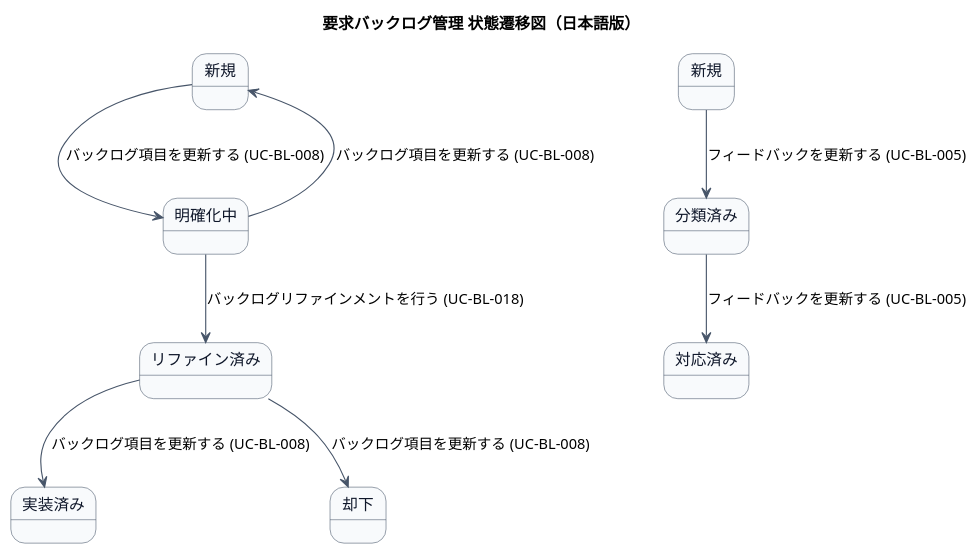
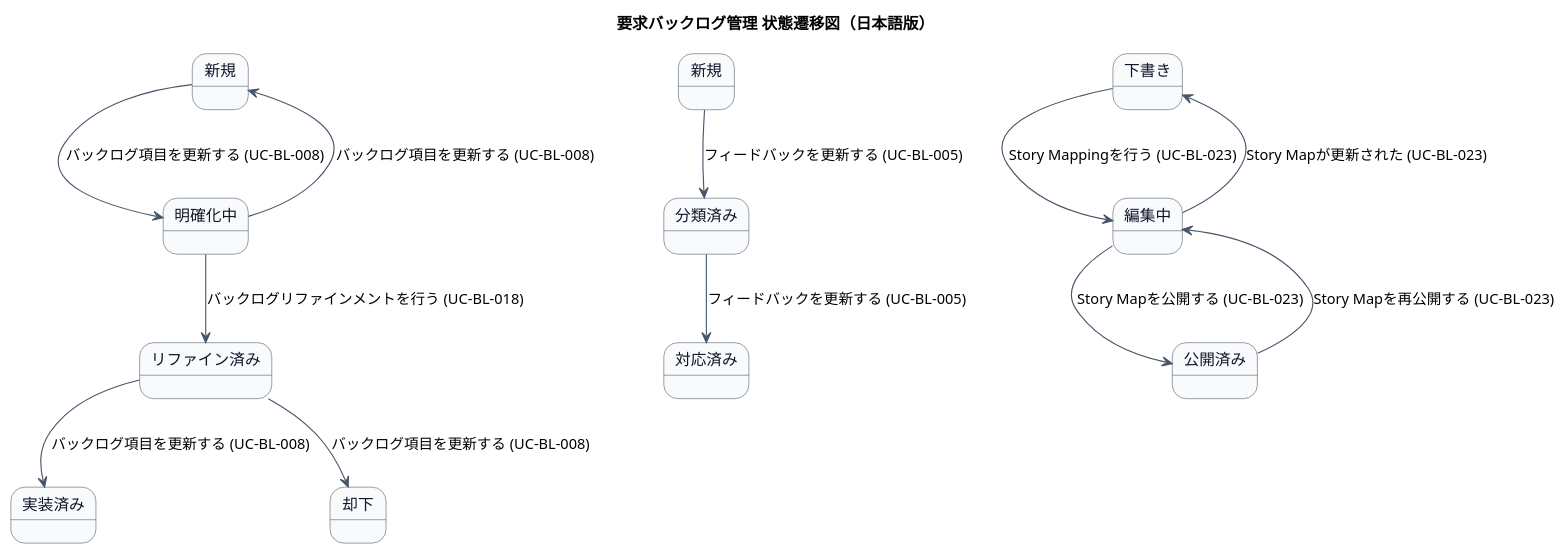
Before and after one commit to mizo432/modulith-learning: the second of 2 diagrams in docs/22 要件定義書/AG アジルーム/03 機能要件/AG-02 要求バックログ管理/04.システム/02.ステート/ステートマシン図.md, drawn with PlantUML. The commit also changed other lines of this file and 21 other files, not shown here.

First line of the commit message:
docs: Add Story Mapping ER and state machine diagrams for AG-02

````diff
--- a/docs/22 要件定義書/AG アジルーム/03 機能要件/AG-02 要求バックログ管理/04.システム/02.ステート/ステートマシン図.md
+++ b/docs/22 要件定義書/AG アジルーム/03 機能要件/AG-02 要求バックログ管理/04.システム/02.ステート/ステートマシン図.md
@@ -49,35 +60,46 @@
 ```plantuml
 @startuml
 title 要求バックログ管理 状態遷移図（日本語版）
 skinparam state {
   BackgroundColor #F8FAFC
   BorderColor #475569
   FontColor #0F172A
 }
 skinparam arrowColor #475569
 skinparam shadowing false
 
 ' バックログ項目 状態
 state "新規" as New_BL <<entry>>
 state "明確化中" as Clarifying_BL
 state "リファイン済み" as Refined_BL
 state "実装済み" as Implemented_BL <<exit>>
 state "却下" as Rejected_BL <<exit>>
 
 ' フィードバック 状態
 state "新規" as New_FB <<entry>>
 state "分類済み" as Categorized_FB
 state "対応済み" as Addressed_FB <<exit>>
 
 ' バックログ項目 遷移
 New_BL --> Clarifying_BL : バックログ項目を更新する (UC-BL-008)
 Clarifying_BL --> New_BL : バックログ項目を更新する (UC-BL-008)
 Clarifying_BL --> Refined_BL : バックログリファインメントを行う (UC-BL-018)
 Refined_BL --> Implemented_BL : バックログ項目を更新する (UC-BL-008)
 Refined_BL --> Rejected_BL : バックログ項目を更新する (UC-BL-008)
 
 ' フィードバック 遷移
 New_FB --> Categorized_FB : フィードバックを更新する (UC-BL-005)
 Categorized_FB --> Addressed_FB : フィードバックを更新する (UC-BL-005)
+
+' Story Map 状態
+state "下書き" as Draft_SM <<entry>>
+state "編集中" as InProgress_SM
+state "公開済み" as Published_SM <<exit>>
+
+' Story Map 遷移
+Draft_SM --> InProgress_SM : Story Mappingを行う (UC-BL-023)
+InProgress_SM --> Draft_SM : Story Mapが更新された (UC-BL-023)
+InProgress_SM --> Published_SM : Story Mapを公開する (UC-BL-023)
+Published_SM --> InProgress_SM : Story Mapを再公開する (UC-BL-023)
 @enduml
 ```
````
